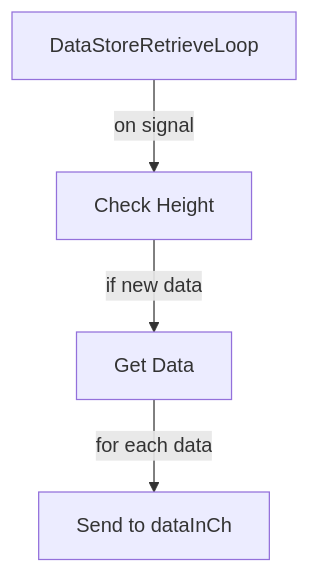
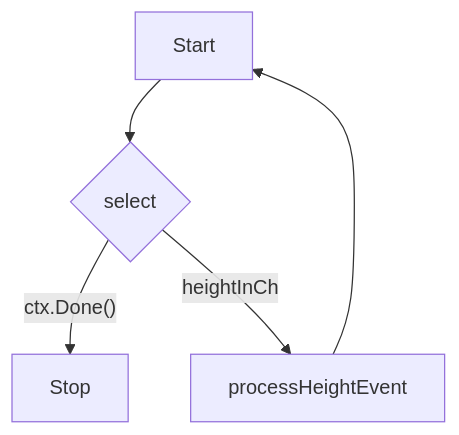
The third of 4 diagrams in pkg/sync/README.md (evstack/ev-node), drawn with Mermaid before and after one commit. The commit also changed other lines of this file, not shown here.

````diff
--- a/pkg/sync/README.md
+++ b/pkg/sync/README.md
@@ -107,6 +100,7 @@
 ```mermaid
 flowchart TD
-    DSRL[DataStoreRetrieveLoop] --> |on signal| CD[Check Height]
-    CD --> |if new data| GD[Get Data]
-    GD --> |for each data| SD[Send to dataInCh]
+    Start[Start] --> Select{select}
+    Select -->|"ctx.Done()"| Stop[Stop]
+    Select -->|heightInCh| Handle[processHeightEvent]
+    Handle --> Start
 ```
````
